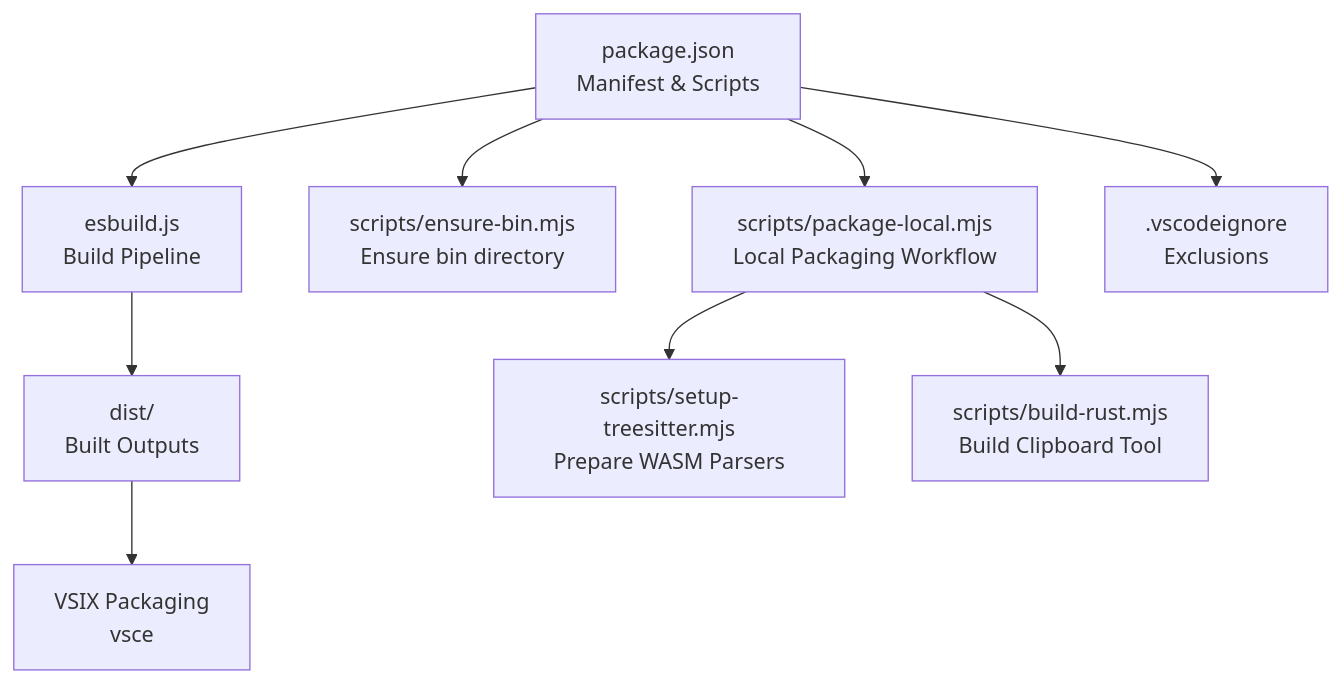
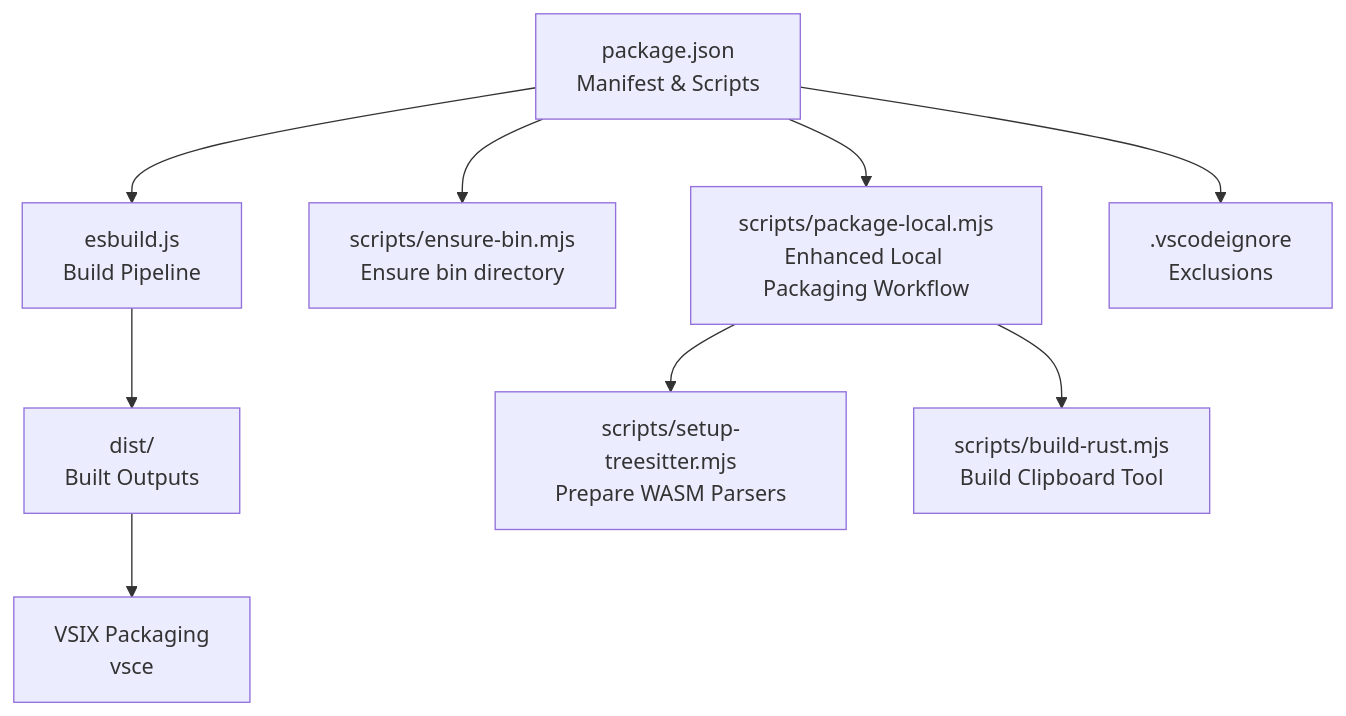
Before and after one commit to bramburn/repomix-runner: the first of 3 diagrams in .qoder/repowiki/en/content/Build and Deployment/VSIX Packaging and Release.md, drawn with Mermaid. The commit also changed other lines of this file and 17 other files, not shown here.

````diff
--- a/.qoder/repowiki/en/content/Build and Deployment/VSIX Packaging and Release.md
+++ b/.qoder/repowiki/en/content/Build and Deployment/VSIX Packaging and Release.md
@@ -40,11 +48,11 @@
 ```mermaid
 graph TB
 A["package.json<br/>Manifest & Scripts"] --> B["esbuild.js<br/>Build Pipeline"]
 B --> C["dist/<br/>Built Outputs"]
 A --> D["scripts/ensure-bin.mjs<br/>Ensure bin directory"]
-A --> E["scripts/package-local.mjs<br/>Local Packaging Workflow"]
+A --> E["scripts/package-local.mjs<br/>Enhanced Local Packaging Workflow"]
 E --> F["scripts/setup-treesitter.mjs<br/>Prepare WASM Parsers"]
 E --> G["scripts/build-rust.mjs<br/>Build Clipboard Tool"]
 A --> H[".vscodeignore<br/>Exclusions"]
 C --> I["VSIX Packaging<br/>vsce"]
 ```
````
